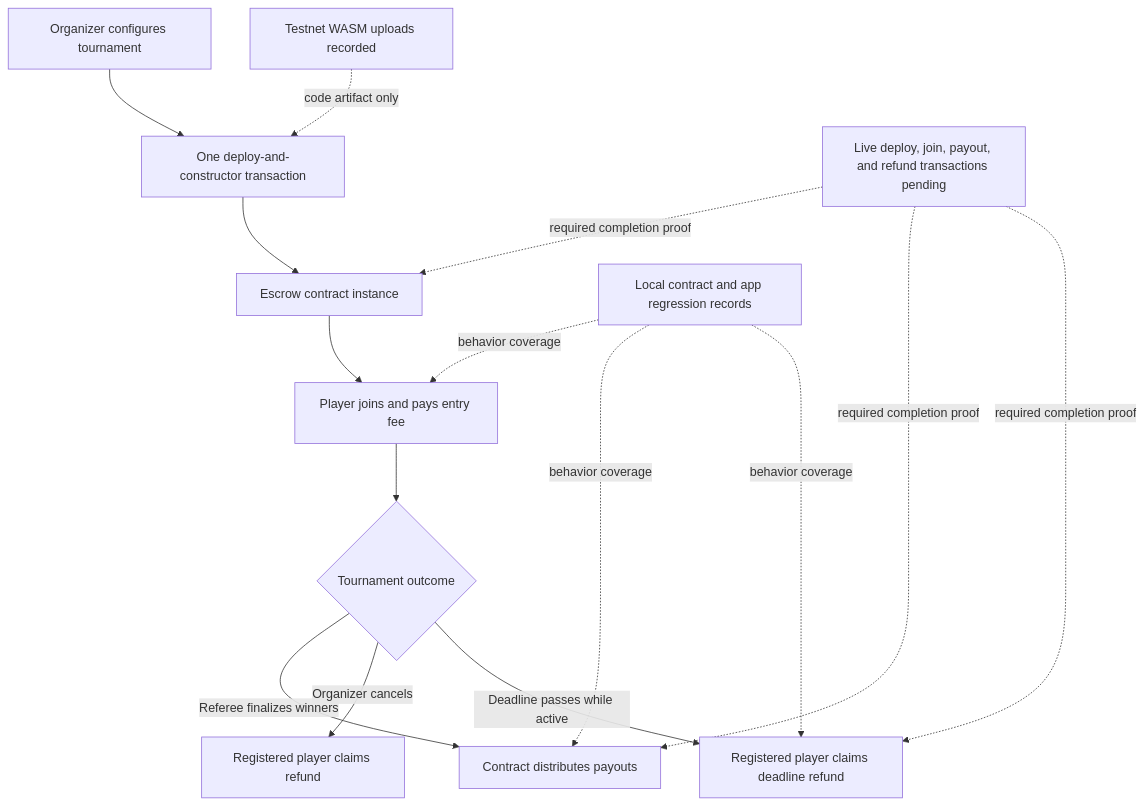
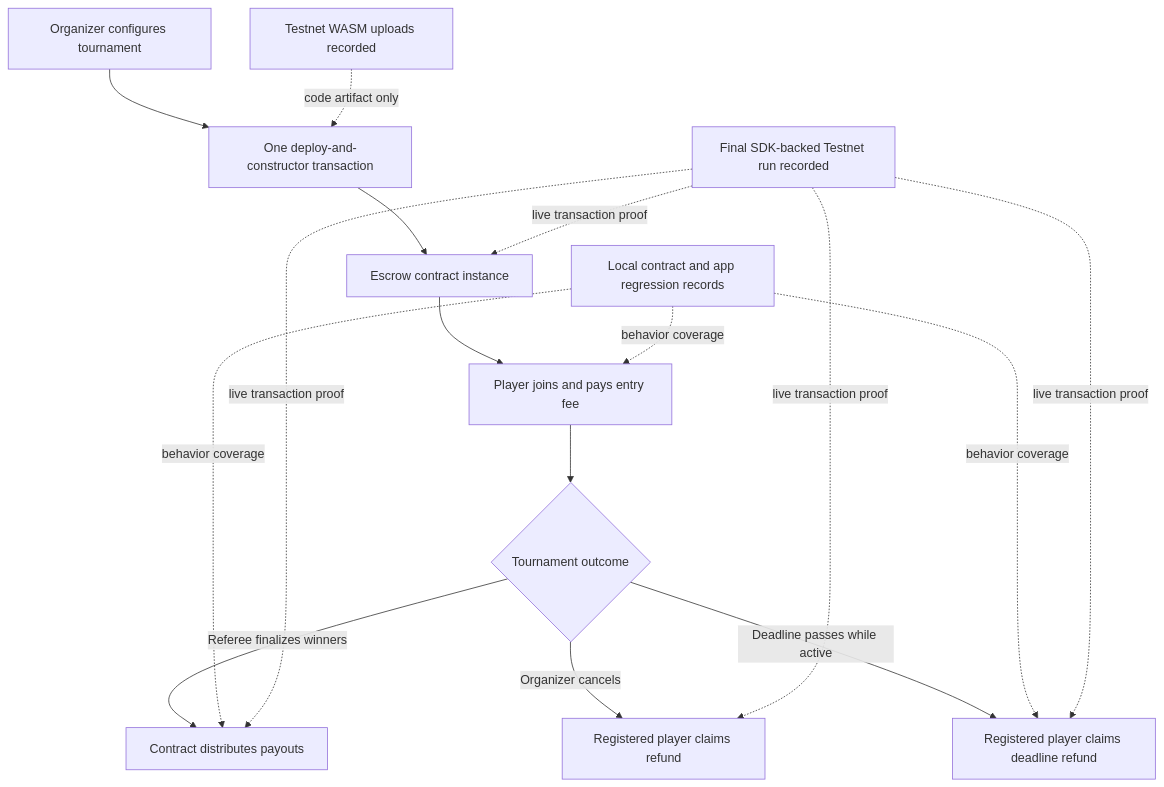
Before and after one commit to artisam-ggg/ggg: the diagram in docs/gitbook/reference/escrow-flow.md, drawn with Mermaid. The commit also changed other lines of this file and 15 other files, not shown here.

````diff
--- a/docs/gitbook/reference/escrow-flow.md
+++ b/docs/gitbook/reference/escrow-flow.md
@@ -5,18 +5,19 @@
 ```mermaid
 flowchart TD
     A[Organizer configures tournament] --> B[One deploy-and-constructor transaction]
     B --> C[Escrow contract instance]
     C --> D[Player joins and pays entry fee]
     D --> E{Tournament outcome}
     E -->|Referee finalizes winners| F[Contract distributes payouts]
     E -->|Organizer cancels| G[Registered player claims refund]
     E -->|Deadline passes while active| H[Registered player claims deadline refund]
 
     I[Testnet WASM uploads recorded] -. code artifact only .-> B
     J[Local contract and app regression records] -. behavior coverage .-> D
     J -. behavior coverage .-> F
     J -. behavior coverage .-> H
-    K[Live deploy, join, payout, and refund transactions pending] -. required completion proof .-> C
-    K -. required completion proof .-> F
-    K -. required completion proof .-> H
+    K[Final SDK-backed Testnet run recorded] -. live transaction proof .-> C
+    K -. live transaction proof .-> F
+    K -. live transaction proof .-> G
+    K -. live transaction proof .-> H
 ```
````
